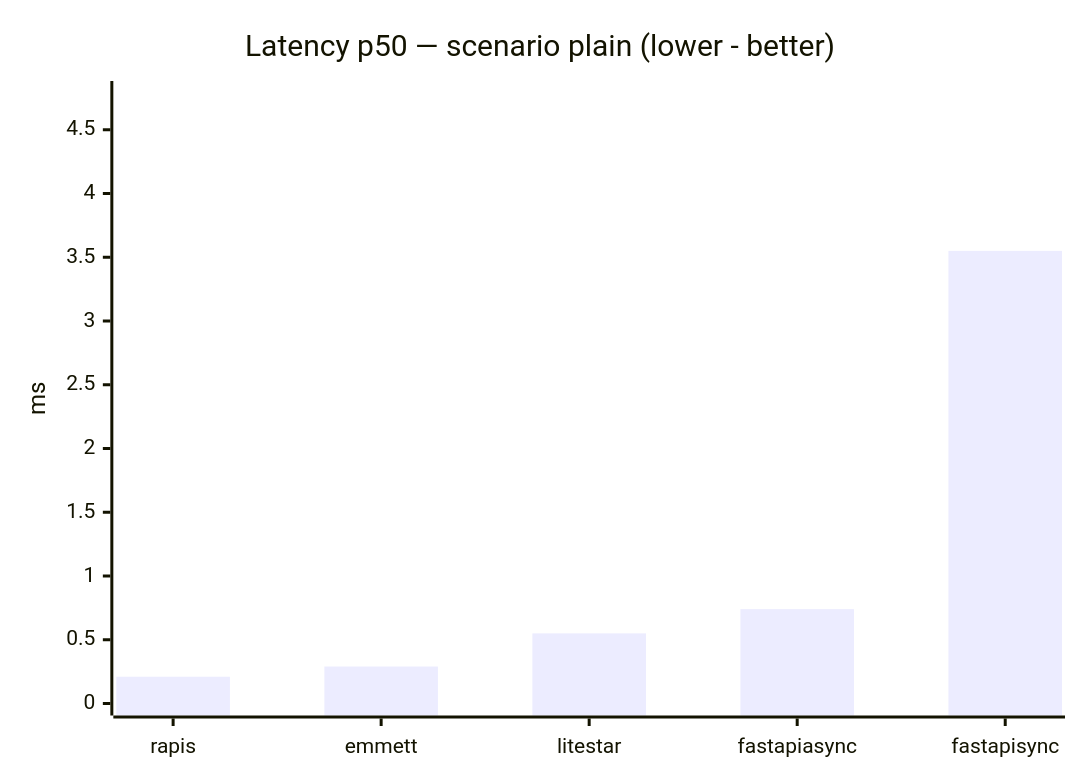
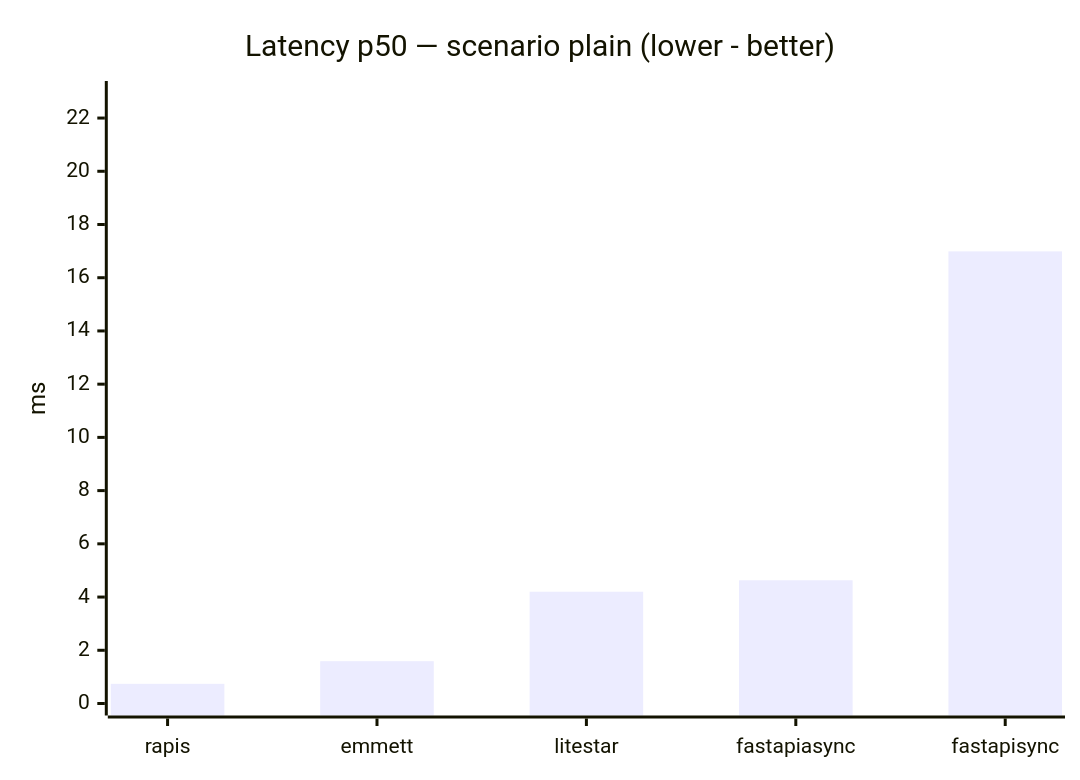
The fourth of 6 diagrams in benchmarks/README.md (sheptalo/rapis), drawn with Mermaid before and after one commit. The commit also changed other lines of this file, not shown here.

````diff
--- a/benchmarks/README.md
+++ b/benchmarks/README.md
@@ -119,7 +119,7 @@
 ```mermaid
 xychart-beta
     title "Latency p50 — scenario plain (lower - better)"
     x-axis [rapis, emmett, litestar, fastapi async, fastapi sync]
-    y-axis "ms" 0 --> 4.7883
-    bar [0.21, 0.29, 0.55, 0.74, 3.55]
+    y-axis "ms" 0 --> 22.9415
+    bar [0.74, 1.59, 4.2, 4.63, 16.99]
 ```
````
